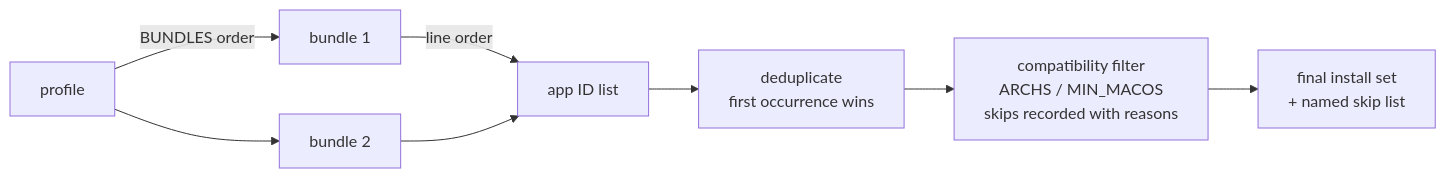
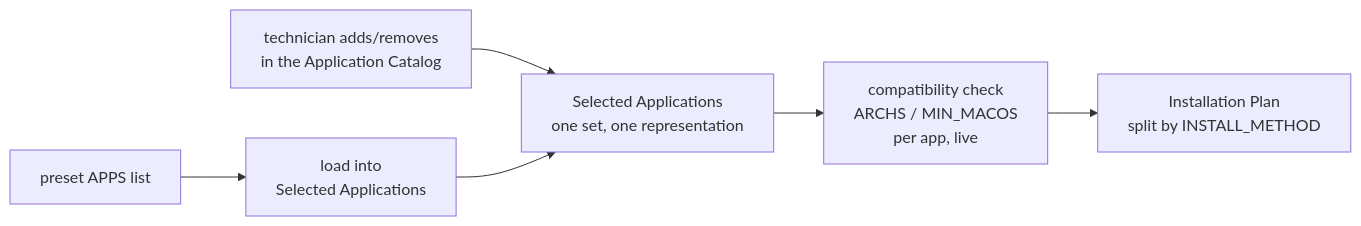
Before and after one commit to JorgeSucre/jb-ToolKit: the diagram in docs/Catalog-Format.md, drawn with Mermaid. The commit also changed other lines of this file and 105 other files, not shown here.

````diff
--- a/docs/Catalog-Format.md
+++ b/docs/Catalog-Format.md
@@ -198,10 +223,8 @@
 ```mermaid
 flowchart LR
-    P[profile] -->|BUNDLES order| B1[bundle 1]
-    P --> B2[bundle 2]
-    B1 -->|line order| IDS[app ID list]
-    B2 --> IDS
-    IDS --> DEDUP[deduplicate<br/>first occurrence wins]
-    DEDUP --> FILTER[compatibility filter<br/>ARCHS / MIN_MACOS<br/>skips recorded with reasons]
-    FILTER --> SET[final install set<br/>+ named skip list]
+    PRESET[preset APPS list] --> LOAD[load into<br/>Selected Applications]
+    MANUAL[technician adds/removes<br/>in the Application Catalog] --> SEL
+    LOAD --> SEL[Selected Applications<br/>one set, one representation]
+    SEL --> FILTER[compatibility check<br/>ARCHS / MIN_MACOS<br/>per app, live]
+    FILTER --> PLAN[Installation Plan<br/>split by INSTALL_METHOD]
 ```
````
